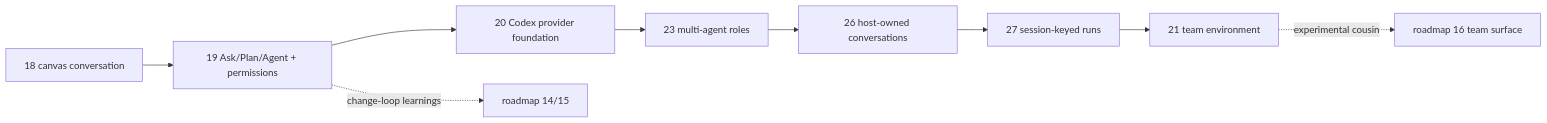
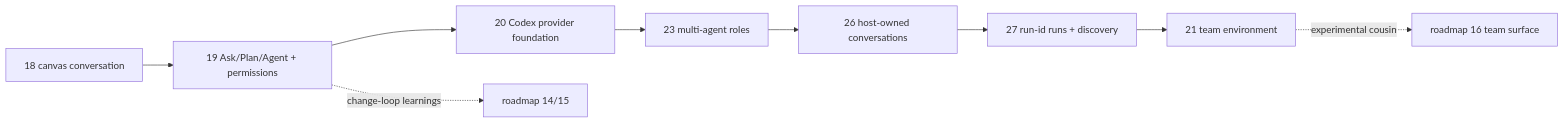
One commit to dmitry-yudakov/code-vis changed the diagram in stories/EPIC-20260806-web2-operational-collaboration.md. Above: the diagram before and after it, drawn with Mermaid. The commit also changed other lines of this file and 17 other files, not shown here.

Commit message:
refactor: update run handling to address runs by run id and enable host-wide discovery

````diff
--- a/stories/EPIC-20260806-web2-operational-collaboration.md
+++ b/stories/EPIC-20260806-web2-operational-collaboration.md
@@ -59,11 +59,11 @@
 ```mermaid
 graph LR
   S18[18 canvas conversation] --> S19[19 Ask/Plan/Agent + permissions]
   S19 --> S20[20 Codex provider foundation]
   S20 --> S23[23 multi-agent roles]
   S23 --> S26[26 host-owned conversations]
-  S26 --> S27[27 session-keyed runs]
+  S26 --> S27[27 run-id runs + discovery]
   S27 --> S21[21 team environment]
   S19 -.change-loop learnings.-> R14[roadmap 14/15]
   S21 -.experimental cousin.-> R16[roadmap 16 team surface]
 ```
````
